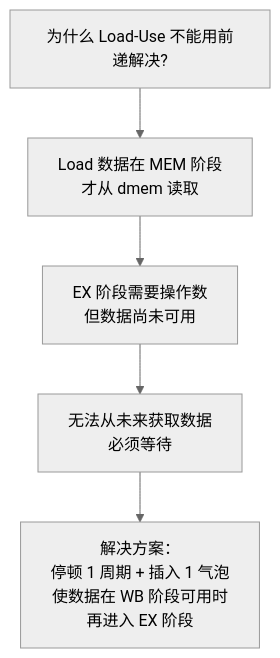
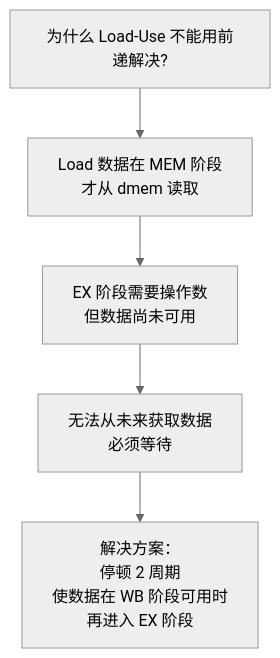
Before and after one commit to daivy2333/riscv-bsv-processor: the fifth of 5 diagrams in docs/load-use-hazard.md, drawn with Mermaid (neutral theme). The commit also changed other lines of this file and 6 other files, not shown here.

````diff
--- a/docs/load-use-hazard.md
+++ b/docs/load-use-hazard.md
@@ -245,14 +195,14 @@
 ```mermaid
 flowchart TB
     Question[为什么 Load-Use 不能用前递解决?]
 
     Answer1[Load 数据在 MEM 阶段<br/>才从 dmem 读取]
     Answer2[EX 阶段需要操作数<br/>但数据尚未可用]
     Answer3[无法从未来获取数据<br/>必须等待]
 
     Question --> Answer1
     Answer1 --> Answer2
     Answer2 --> Answer3
 
-    Answer3 --> Solution[解决方案：<br/>停顿 1 周期 + 插入 1 气泡<br/>使数据在 WB 阶段可用时<br/>再进入 EX 阶段]
+    Answer3 --> Solution[解决方案：<br/>停顿 2 周期<br/>使数据在 WB 阶段可用时<br/>再进入 EX 阶段]
 ```
````
